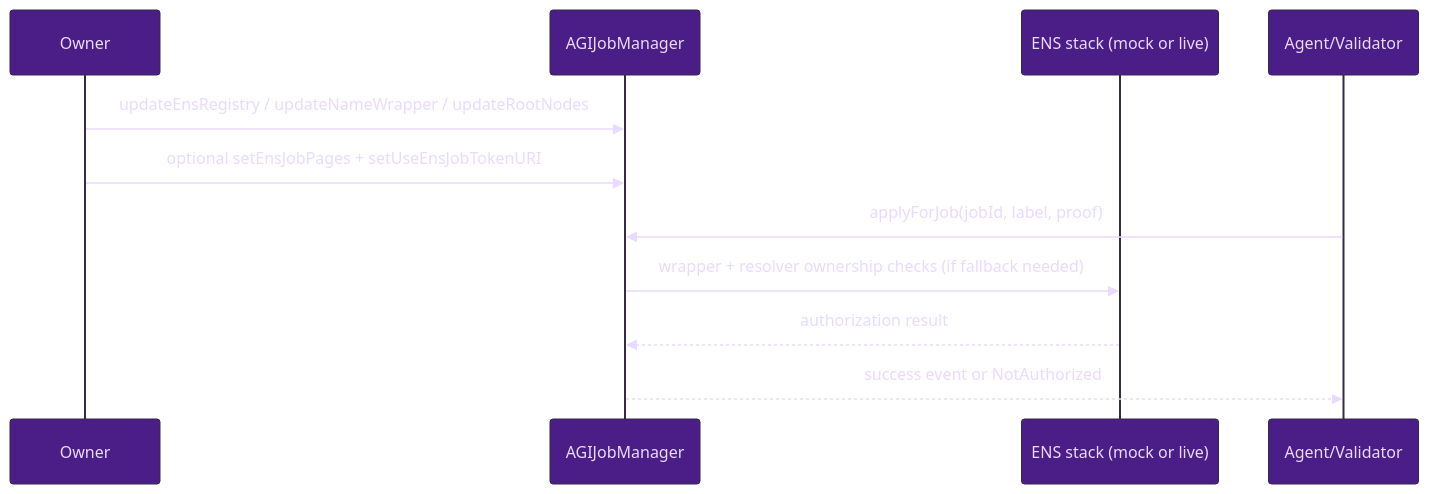
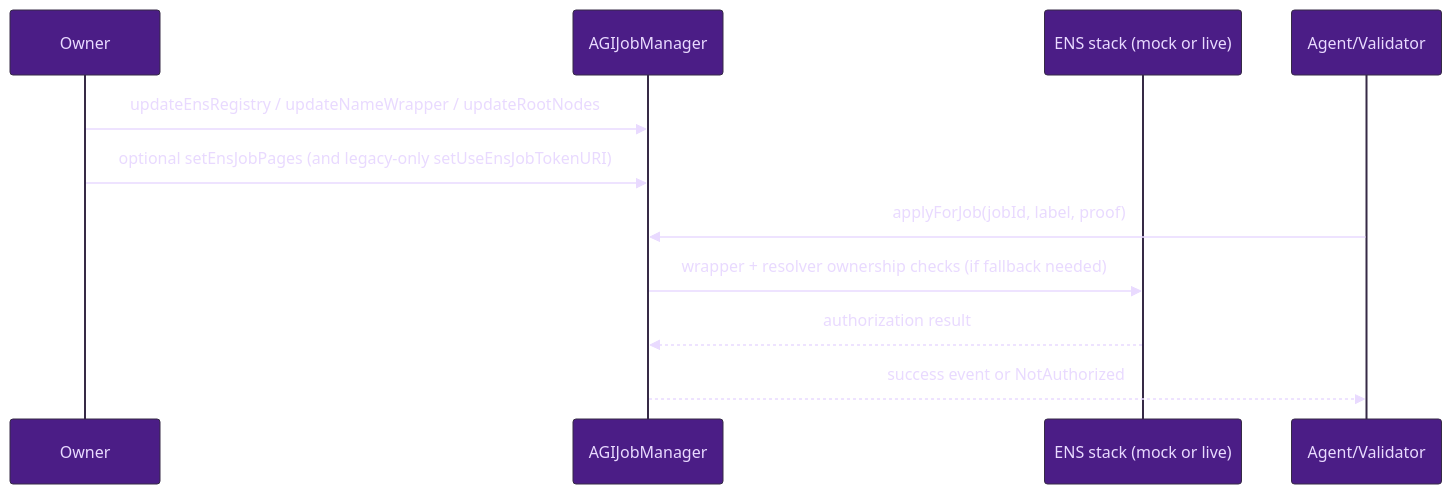
Before and after one commit to MontrealAI/AGIJobManagerPrime: the first of 2 diagrams in docs/INTEGRATIONS/ENS_USE_CASE.md, drawn with Mermaid. The commit also changed other lines of this file and 16 other files, not shown here.

````diff
--- a/docs/INTEGRATIONS/ENS_USE_CASE.md
+++ b/docs/INTEGRATIONS/ENS_USE_CASE.md
@@ -47,20 +47,20 @@
 ```mermaid
 %%{init: {"theme":"base","themeVariables":{
 "fontFamily":"ui-sans-serif, system-ui, -apple-system, Segoe UI, Roboto, Arial",
 "background":"#14001F","primaryColor":"#4B1D86","primaryTextColor":"#E9DAFF",
 "lineColor":"#7A3FF2","tertiaryColor":"#1B0B2A",
 "noteBkgColor":"#1B0B2A","noteTextColor":"#E9DAFF"
 }}}%%
 sequenceDiagram
     participant O as Owner
     participant M as AGIJobManager
     participant E as ENS stack (mock or live)
     participant A as Agent/Validator
 
     O->>M: updateEnsRegistry / updateNameWrapper / updateRootNodes
-    O->>M: optional setEnsJobPages + setUseEnsJobTokenURI
+    O->>M: optional setEnsJobPages (and legacy-only setUseEnsJobTokenURI)
     A->>M: applyForJob(jobId, label, proof)
     M->>E: wrapper + resolver ownership checks (if fallback needed)
     E-->>M: authorization result
     M-->>A: success event or NotAuthorized
 ```
````
